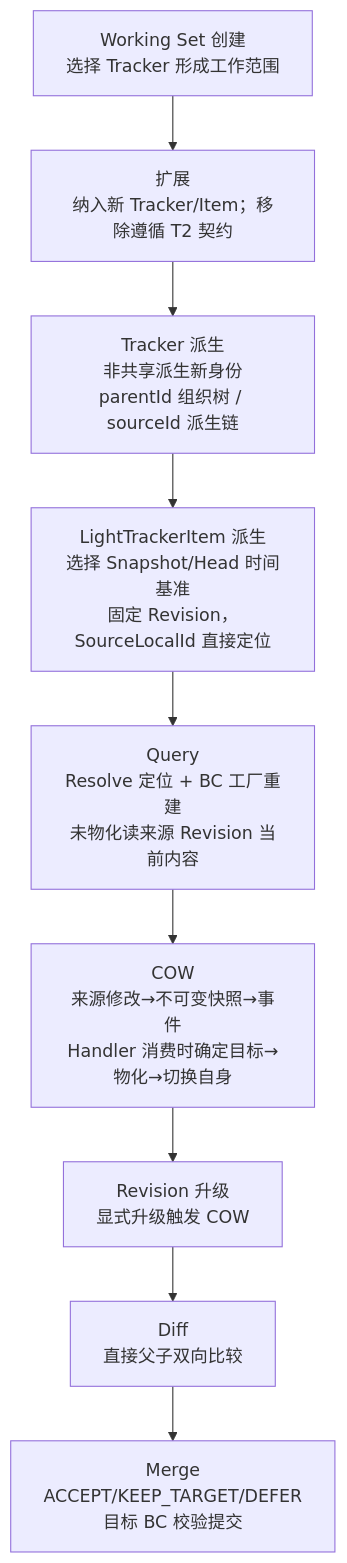
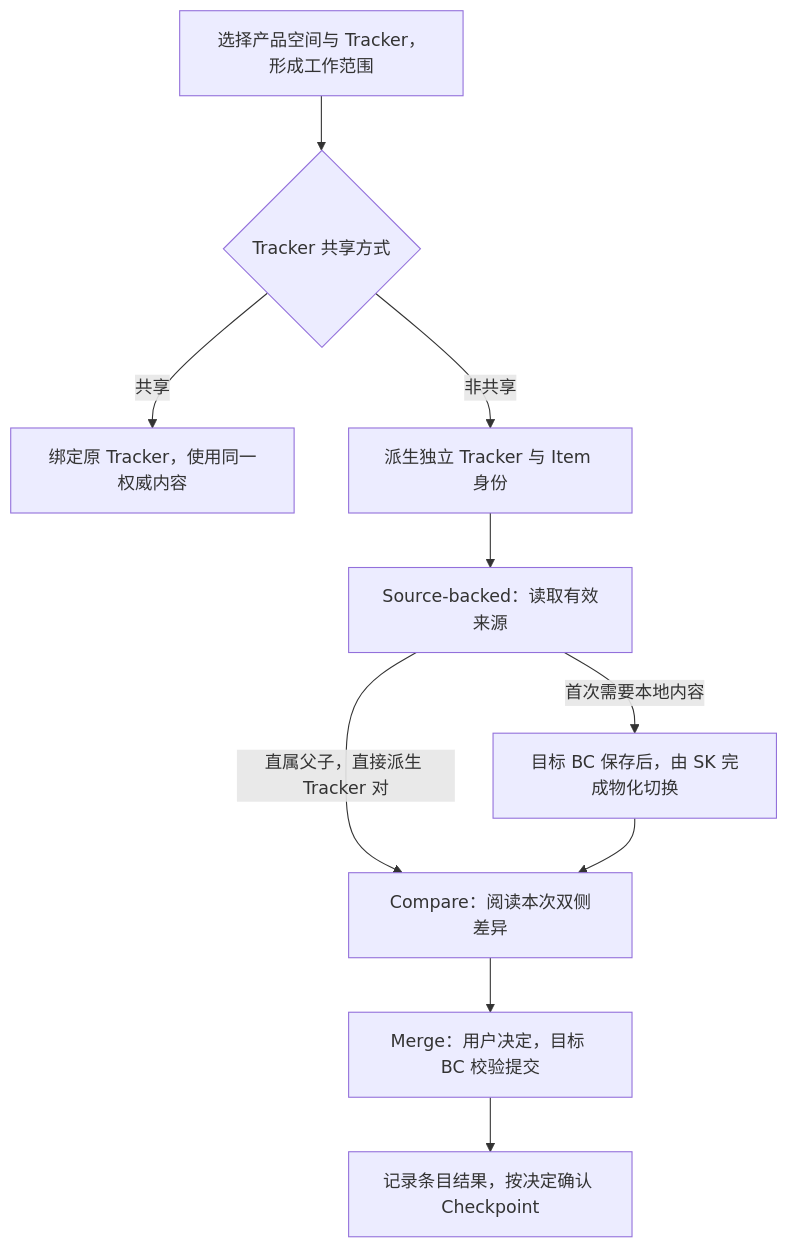
One commit to Greytrack/ddd-workingset changed the diagram in docs/working-set/diagrams/domain-mainline.md. Above: the diagram before and after it, drawn with Mermaid. The commit also changed other lines of this file and 22 other files, not shown here.

````diff
--- a/docs/working-set/diagrams/domain-mainline.md
+++ b/docs/working-set/diagrams/domain-mainline.md
@@ -9,11 +7,12 @@
 ```mermaid
 flowchart TD
-    A["Working Set 创建<br/>选择 Tracker 形成工作范围"] --> B["扩展<br/>纳入新 Tracker/Item；移除遵循 T2 契约"]
-    B --> C["Tracker 派生<br/>非共享派生新身份<br/>parentId 组织树 / sourceId 派生链"]
-    C --> D["LightTrackerItem 派生<br/>选择 Snapshot/Head 时间基准<br/>固定 Revision，SourceLocalId 直接定位"]
-    D --> E["Query<br/>Resolve 定位 + BC 工厂重建<br/>未物化读来源 Revision 当前内容"]
-    E --> F["COW<br/>来源修改→不可变快照→事件<br/>Handler 消费时确定目标→物化→切换自身"]
-    F --> G["Revision 升级<br/>显式升级触发 COW"]
-    G --> H["Diff<br/>直接父子双向比较"]
-    H --> I["Merge<br/>ACCEPT/KEEP_TARGET/DEFER<br/>目标 BC 校验提交"]
+    A["选择产品空间与 Tracker，形成工作范围"] --> B{"Tracker 共享方式"}
+    B -->|"共享"| C["绑定原 Tracker，使用同一权威内容"]
+    B -->|"非共享"| D["派生独立 Tracker 与 Item 身份"]
+    D --> E["Source-backed：读取有效来源"]
+    E -->|"首次需要本地内容"| F["目标 BC 保存后，由 SK 完成物化切换"]
+    E -->|"直属父子，直接派生 Tracker 对"| H["Compare：阅读本次双侧差异"]
+    F --> H
+    H --> I["Merge：用户决定，目标 BC 校验提交"]
+    I --> J["记录条目结果，按决定确认 Checkpoint"]
 ```
````
